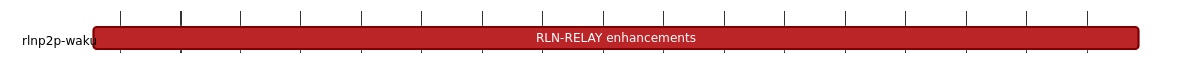
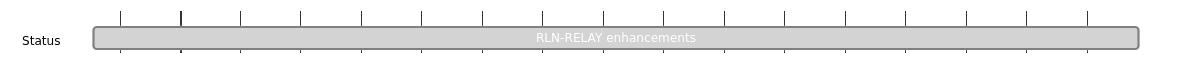
One commit to logos-co/roadmap changed the diagram in content/vac/acz/rlnp2p/waku/rln-relay-enhancements.md. Above: the diagram before and after it, drawn with Mermaid. The commit also changed 7 other files, not shown here.

````diff
--- a/content/vac/acz/rlnp2p/waku/rln-relay-enhancements.md
+++ b/content/vac/acz/rlnp2p/waku/rln-relay-enhancements.md
@@ -8,19 +8,19 @@
 ```mermaid
 %%{ 
   init: { 
     'theme': 'base', 
     'themeVariables': { 
       'primaryColor': '#BB2528', 
       'primaryTextColor': '#fff', 
       'primaryBorderColor': '#7C0000', 
       'lineColor': '#F8B229', 
       'secondaryColor': '#006100', 
       'tertiaryColor': '#fff' 
     } 
   } 
 }%%
 gantt
 	dateFormat YYYY-MM-DD 
-	section rlnp2p-waku
-		RLN-RELAY enhancements :, 2023-06-01, 2023-09-30
+	section Status
+		RLN-RELAY enhancements :done, 2023-06-01, 2023-09-30
 ```
````
